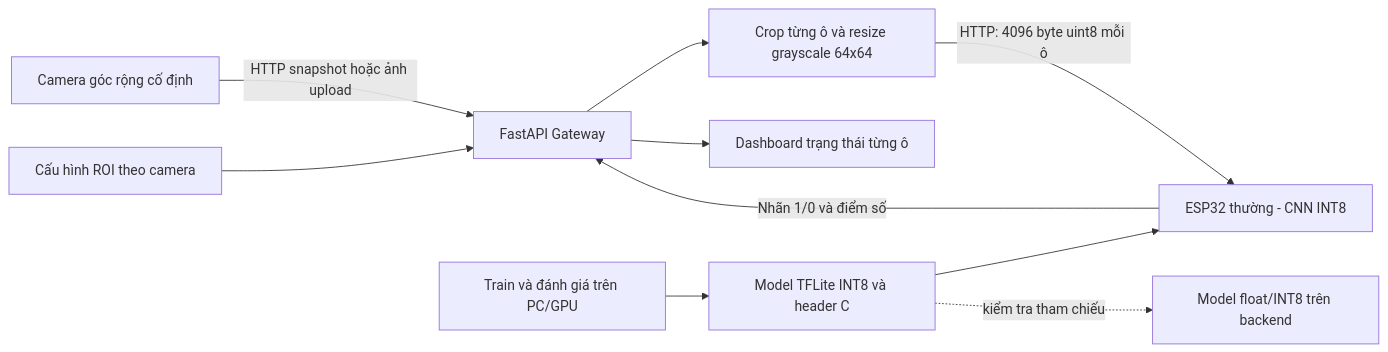
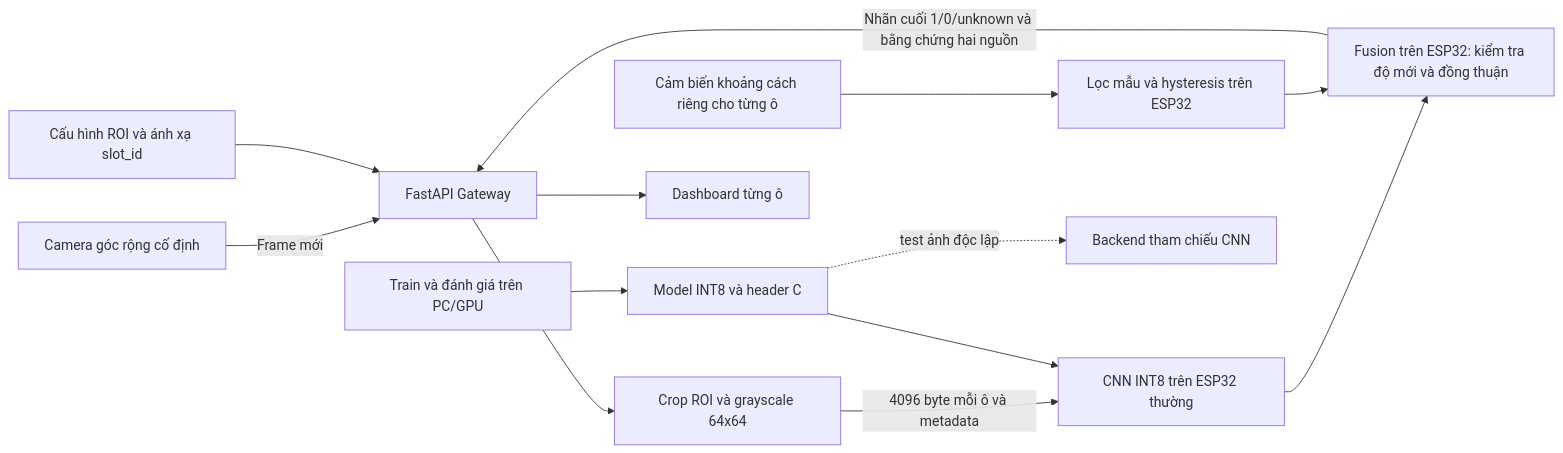
One commit to kienlc102/Project-3 changed the first of 2 diagrams in README.md. Above: the diagram before and after it, drawn with Mermaid. The commit also changed other lines of this file and 7 other files, not shown here.

````diff
--- a/README.md
+++ b/README.md
@@ -19,12 +20,15 @@
 ```mermaid
 flowchart LR
-    Camera[Camera góc rộng cố định] -->|HTTP snapshot hoặc ảnh upload| Gateway[FastAPI Gateway]
-    Config[Cấu hình ROI theo camera] --> Gateway
-    Gateway --> ROI[Crop từng ô và resize grayscale 64x64]
-    ROI -->|HTTP: 4096 byte uint8 mỗi ô| ESP32[ESP32 thường - CNN INT8]
-    ESP32 -->|Nhãn 1/0 và điểm số| Gateway
-    Gateway --> Web[Dashboard trạng thái từng ô]
-    Train[Train và đánh giá trên PC/GPU] --> Export[Model TFLite INT8 và header C]
-    Export --> ESP32
-    Export -. kiểm tra tham chiếu .-> Reference[Model float/INT8 trên backend]
+    Camera[Camera góc rộng cố định] -->|Frame mới| Gateway[FastAPI Gateway]
+    Config[Cấu hình ROI và ánh xạ slot_id] --> Gateway
+    Gateway --> ROI[Crop ROI và grayscale 64x64]
+    ROI -->|4096 byte mỗi ô và metadata| CNN[CNN INT8 trên ESP32 thường]
+    Sensors[Cảm biến khoảng cách riêng cho từng ô] --> Filter[Lọc mẫu và hysteresis trên ESP32]
+    CNN --> Fusion[Fusion trên ESP32: kiểm tra độ mới và đồng thuận]
+    Filter --> Fusion
+    Fusion -->|Nhãn cuối 1/0/unknown và bằng chứng hai nguồn| Gateway
+    Gateway --> Web[Dashboard từng ô]
+    Train[Train và đánh giá trên PC/GPU] --> Export[Model INT8 và header C]
+    Export --> CNN
+    Export -. test ảnh độc lập .-> Reference[Backend tham chiếu CNN]
 ```
````
